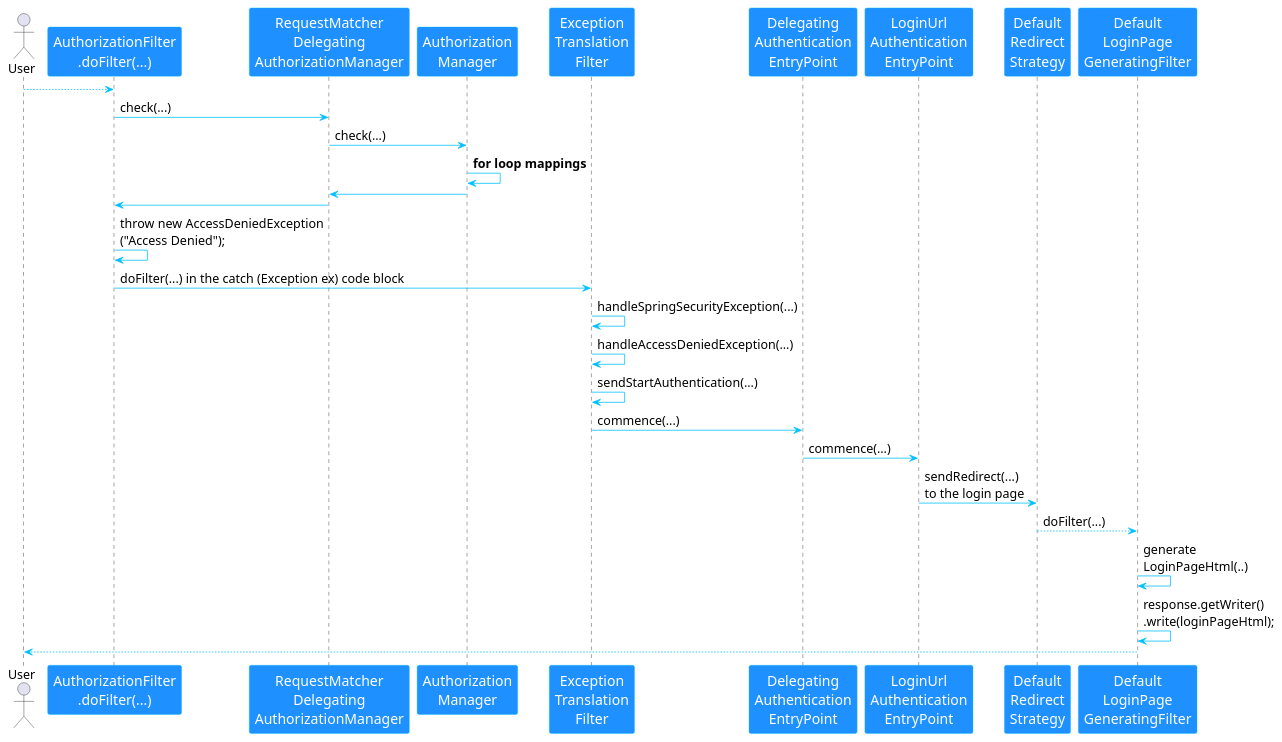
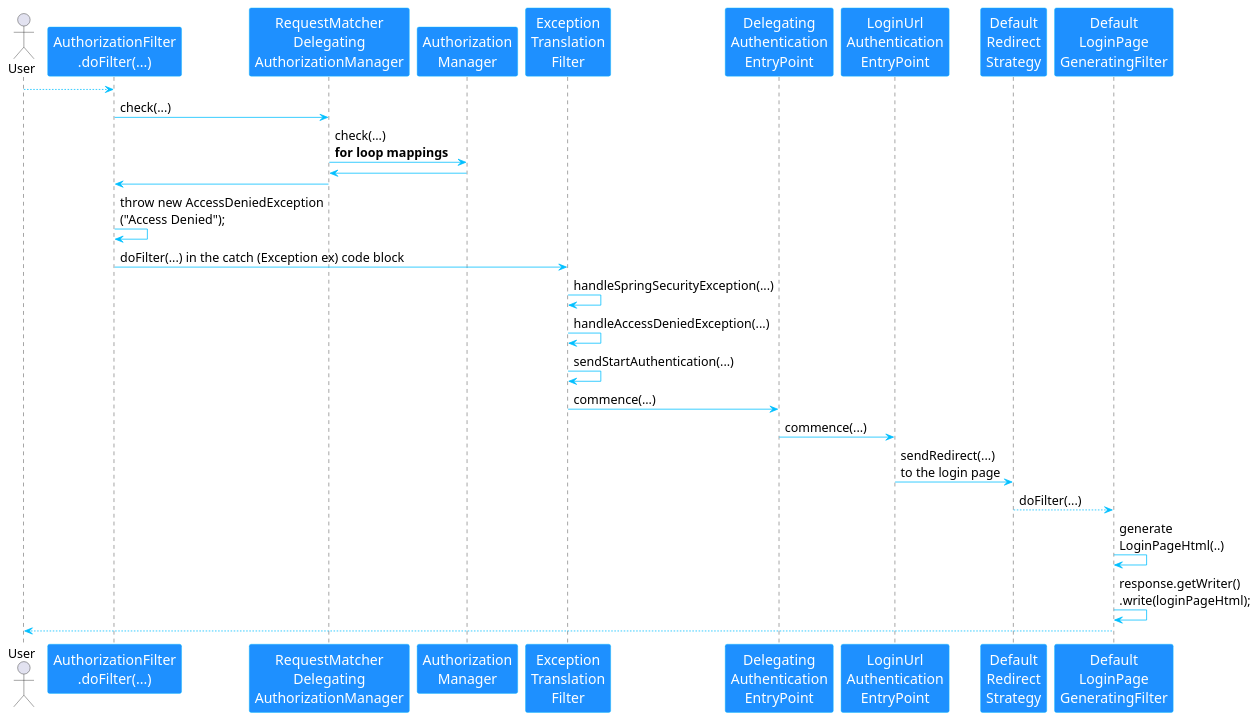
The diagram in docs/v0.0.3/02.spring_security_visit_unauthorized_url.puml (Camio1945/huava), drawn with PlantUML before and after one commit. The commit also changed 26 other files, not shown here.

```diff
--- a/docs/v0.0.3/02.spring_security_visit_unauthorized_url.puml
+++ b/docs/v0.0.3/02.spring_security_visit_unauthorized_url.puml
@@ -1,31 +1,30 @@
 @startuml
 ' The following is the global default style (do not use Fira Code font, otherwise the Chinese will not be displayed)
 skinparam DefaultFontName Microsoft YaHei
 skinparam DefaultFontSize 16
 skinparam ArrowColor DeepSkyBlue
 ' The following is the style of the actor (class)
 skinparam ParticipantFontColor White
 skinparam ParticipantBorderColor DeepSkyBlue
 skinparam ParticipantBackgroundColor DodgerBlue
 skinparam ParticipantFontSize 18
 ' Here is the flowchart code
 actor User
 User --> "AuthorizationFilter\n.doFilter(...)"
 "AuthorizationFilter\n.doFilter(...)" -> "RequestMatcher\nDelegating\nAuthorizationManager": check(...)
-"RequestMatcher\nDelegating\nAuthorizationManager" -> "Authorization\nManager":check(...)
-"Authorization\nManager" -> "Authorization\nManager": **for loop mappings**
+"RequestMatcher\nDelegating\nAuthorizationManager" -> "Authorization\nManager":check(...)\n**for loop mappings**
 "RequestMatcher\nDelegating\nAuthorizationManager" <- "Authorization\nManager"
 "AuthorizationFilter\n.doFilter(...)" <- "RequestMatcher\nDelegating\nAuthorizationManager"
 "AuthorizationFilter\n.doFilter(...)" -> "AuthorizationFilter\n.doFilter(...)": throw new AccessDeniedException\n("Access Denied");
 "AuthorizationFilter\n.doFilter(...)" -> "Exception\nTranslation\nFilter":doFilter(...) in the catch (Exception ex) code block
 "Exception\nTranslation\nFilter" -> "Exception\nTranslation\nFilter":handleSpringSecurityException(...)
 "Exception\nTranslation\nFilter" -> "Exception\nTranslation\nFilter":handleAccessDeniedException(...)
 "Exception\nTranslation\nFilter" -> "Exception\nTranslation\nFilter":sendStartAuthentication(...)
 "Exception\nTranslation\nFilter" -> "Delegating\nAuthentication\nEntryPoint":commence(...)
 "Delegating\nAuthentication\nEntryPoint" -> "LoginUrl\nAuthentication\nEntryPoint":commence(...)
 "LoginUrl\nAuthentication\nEntryPoint" -> "Default\nRedirect\nStrategy":sendRedirect(...)\nto the login page
 "Default\nRedirect\nStrategy" --> "Default\nLoginPage\nGeneratingFilter":doFilter(...)
 "Default\nLoginPage\nGeneratingFilter" -> "Default\nLoginPage\nGeneratingFilter":generate\nLoginPageHtml(..)
 "Default\nLoginPage\nGeneratingFilter" -> "Default\nLoginPage\nGeneratingFilter":response.getWriter()\n.write(loginPageHtml);
 User <-- "Default\nLoginPage\nGeneratingFilter"
 @enduml
```
